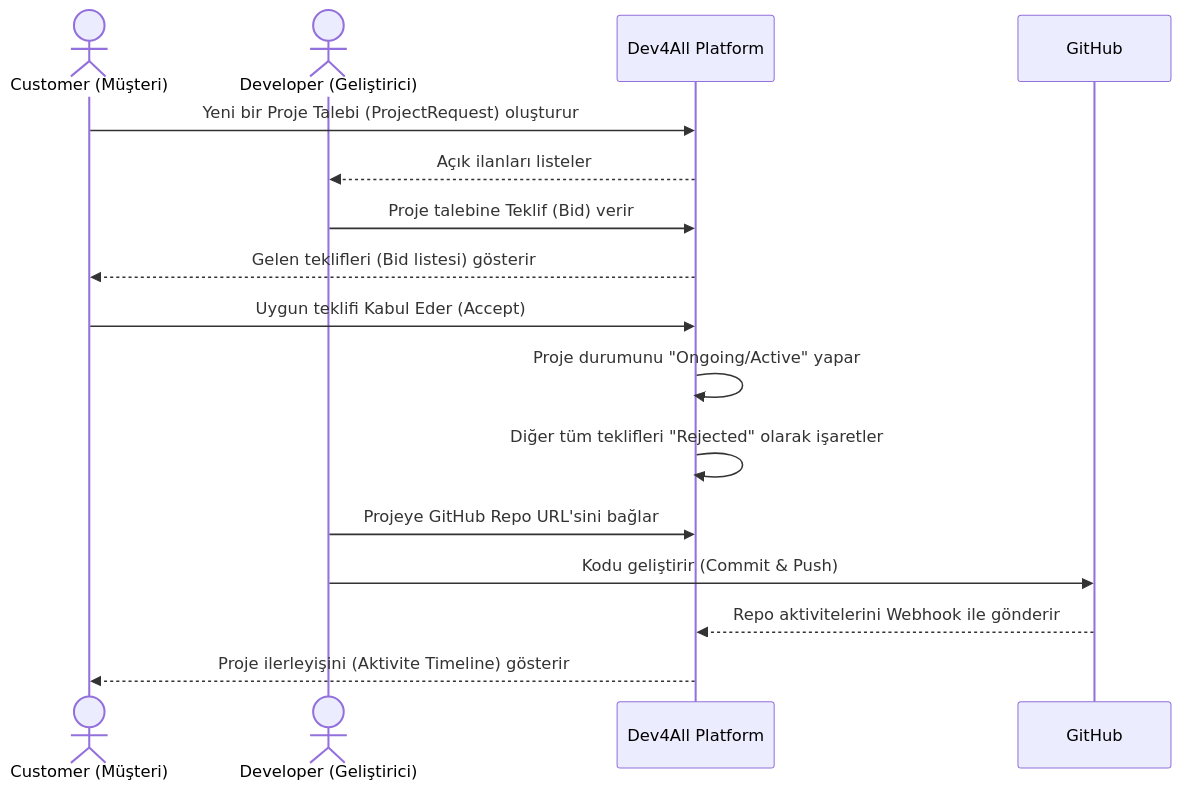
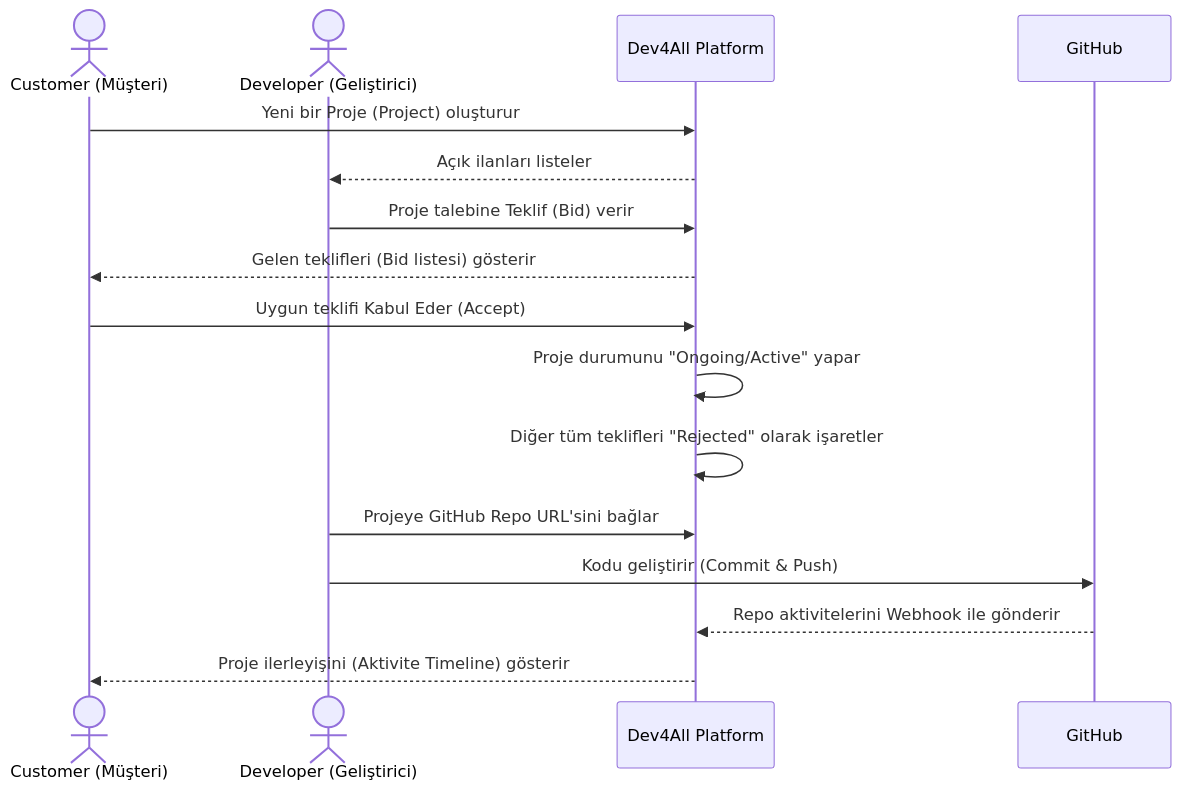
Before and after one commit to burhanarslanbas/Dev4All: the diagram in docs/analyse/02-frd.md, drawn with Mermaid. The commit also changed other lines of this file and 9 other files, not shown here.

````diff
--- a/docs/analyse/02-frd.md
+++ b/docs/analyse/02-frd.md
@@ -25,19 +25,19 @@
 ```mermaid
 sequenceDiagram
     actor C as Customer (Müşteri)
     actor D as Developer (Geliştirici)
     participant S as Dev4All Platform
     participant G as GitHub
 
-    C->>S: Yeni bir Proje Talebi (ProjectRequest) oluşturur
+    C->>S: Yeni bir Proje (Project) oluşturur
     S-->>D: Açık ilanları listeler
     D->>S: Proje talebine Teklif (Bid) verir
     S-->>C: Gelen teklifleri (Bid listesi) gösterir
     C->>S: Uygun teklifi Kabul Eder (Accept)
     S->>S: Proje durumunu "Ongoing/Active" yapar
     S->>S: Diğer tüm teklifleri "Rejected" olarak işaretler
     D->>S: Projeye GitHub Repo URL'sini bağlar
     D->>G: Kodu geliştirir (Commit & Push)
     G-->>S: Repo aktivitelerini Webhook ile gönderir
     S-->>C: Proje ilerleyişini (Aktivite Timeline) gösterir
 ```
````
